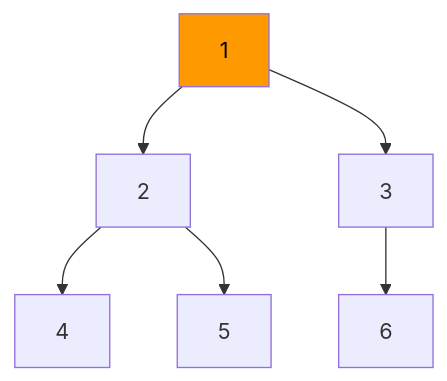
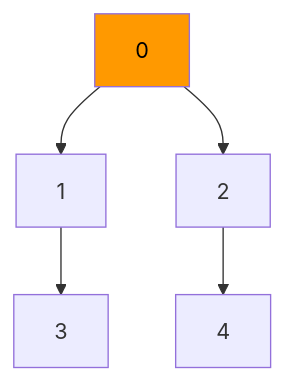
The diagram in docs/26-dfs.md (valarpirai/software-enginneering), drawn with Mermaid before and after one commit. The commit also changed other lines of this file and 3 other files, not shown here.

````diff
--- a/docs/26-dfs.md
+++ b/docs/26-dfs.md
@@ -21,9 +34,8 @@
 ```mermaid
 graph TD
-    A["1"] --> B["2"]
-    A --> C["3"]
-    B --> D["4"]
-    B --> E["5"]
-    C --> F["6"]
+    A["0"] --> B["1"]
+    A --> C["2"]
+    B --> D["3"]
+    C --> E["4"]
     style A fill:#ff9900,color:#000
 ```
````
